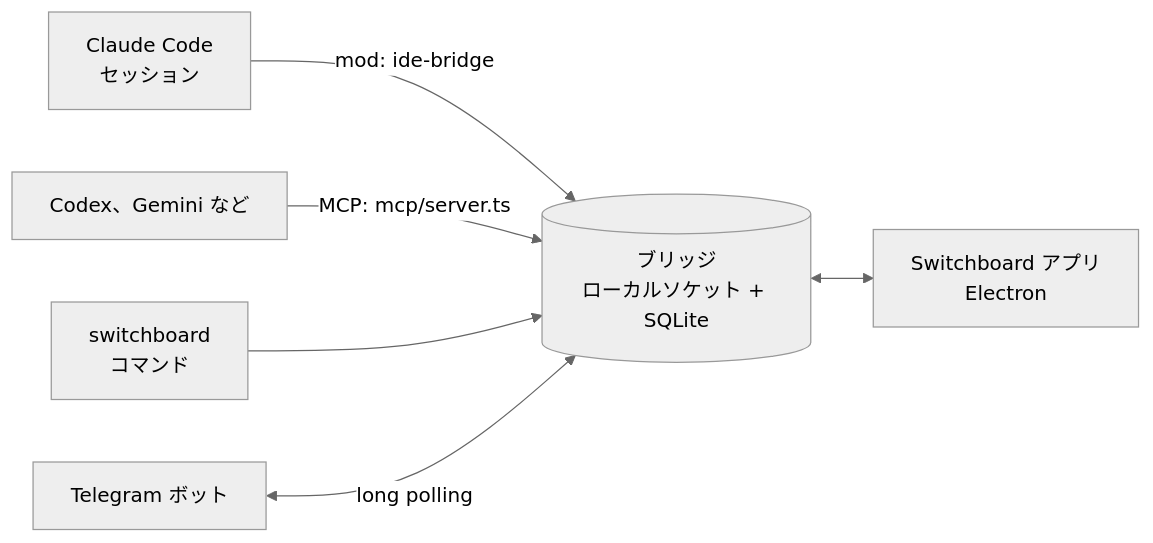
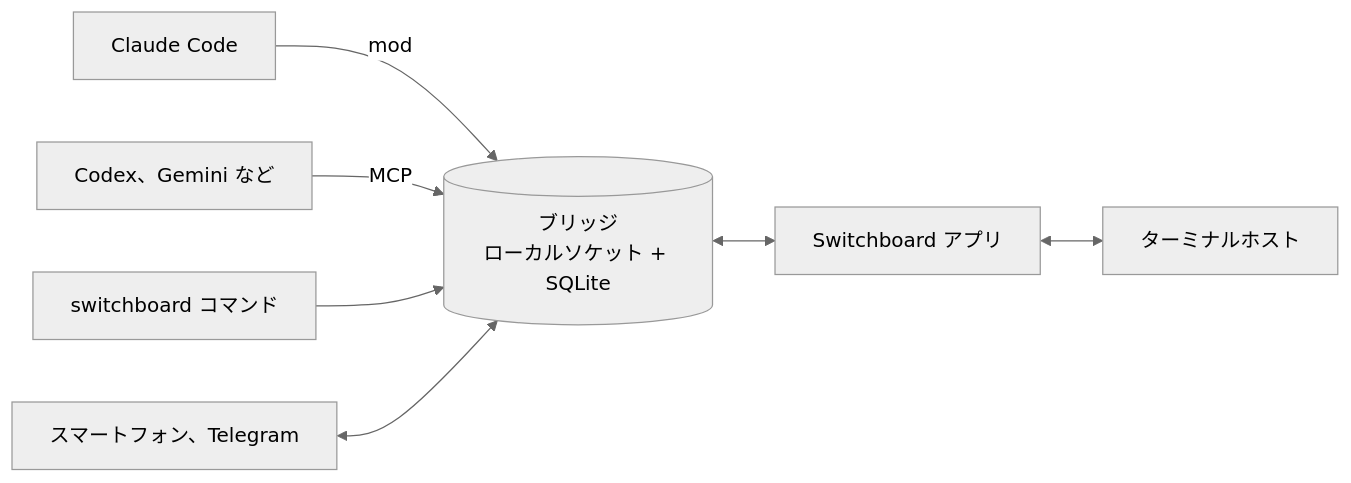
The diagram in README.ja.md (choco5958/switchboard), drawn with Mermaid (neutral theme) before and after one commit. The commit also changed other lines of this file and 16 other files, not shown here.

````diff
--- a/README.ja.md
+++ b/README.ja.md
@@ -149,8 +309,9 @@
 ```mermaid
 flowchart LR
-  cc["Claude Code<br/>セッション"] -- "mod: ide-bridge" --> bridge
-  cli["Codex、Gemini など"] -- "MCP: mcp/server.ts" --> bridge
-  cmd["switchboard<br/>コマンド"] --> bridge
-  tg["Telegram ボット"] <-->|"long polling"| bridge
-  bridge[("ブリッジ<br/>ローカルソケット + SQLite")] <--> app["Switchboard アプリ<br/>Electron"]
+  cc["Claude Code"] -- "mod" --> bridge
+  cli["Codex、Gemini など"] -- "MCP" --> bridge
+  cmd["switchboard コマンド"] --> bridge
+  phone["スマートフォン、Telegram"] <--> bridge
+  bridge[("ブリッジ<br/>ローカルソケット + SQLite")] <--> app["Switchboard アプリ"]
+  app <--> host["ターミナルホスト"]
 ```
````
